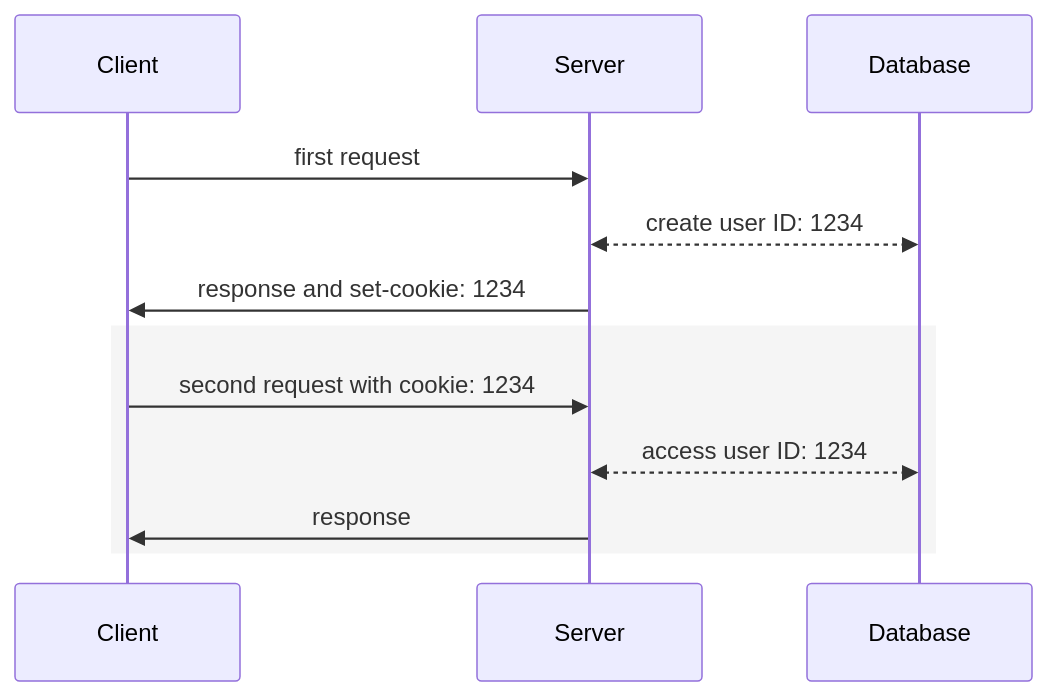
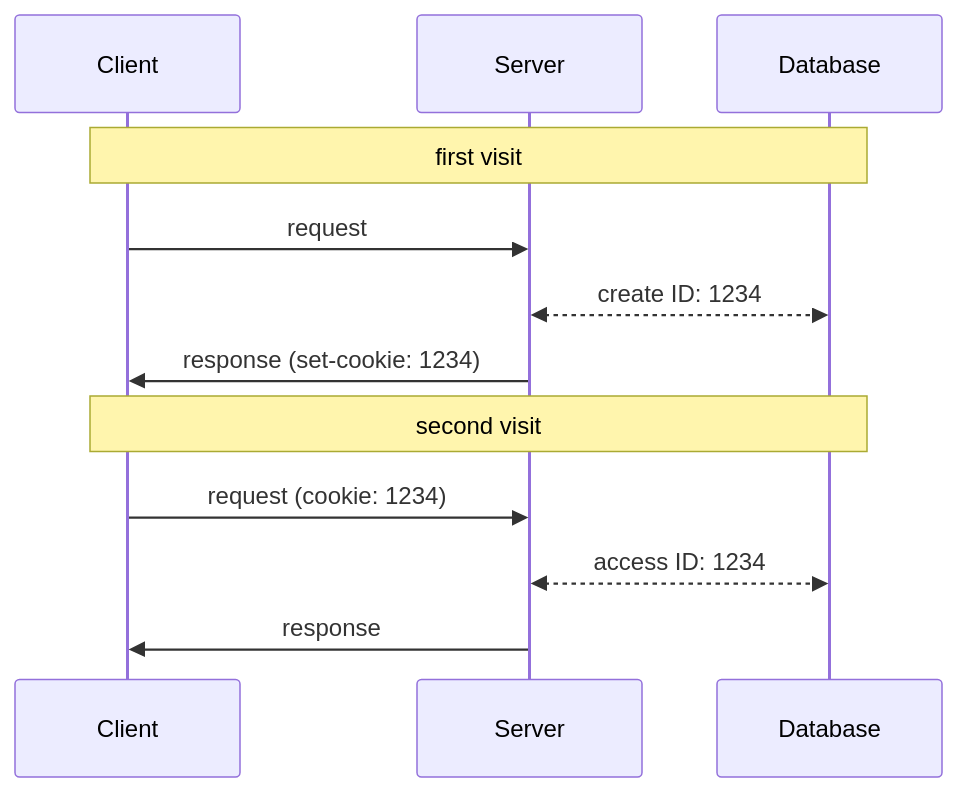
The first of 7 diagrams in network/http.md (wdyjwdy/notes), drawn with Mermaid before and after one commit. The commit also changed other lines of this file, not shown here.

````diff
--- a/network/http.md
+++ b/network/http.md
@@ -49,11 +49,14 @@
 ```mermaid
 sequenceDiagram
-  Client ->> Server: first request
-  Server <<-->> Database: create user ID: 1234
-  Server ->> Client: response and set-cookie: 1234
-  rect whitesmoke
-  Client ->> Server: second request with cookie: 1234
-  Server <<-->> Database: access user ID: 1234
+  participant Client
+  participant Server
+  participant Database
+  Note over Client, Database: first visit
+  Client ->> Server: request
+  Server <<-->> Database: create ID: 1234
+  Server ->> Client: response (set-cookie: 1234)
+  Note over Client, Database: second visit
+  Client ->> Server: request (cookie: 1234)
+  Server <<-->> Database: access ID: 1234
   Server ->> Client: response
-end
 ```
````
